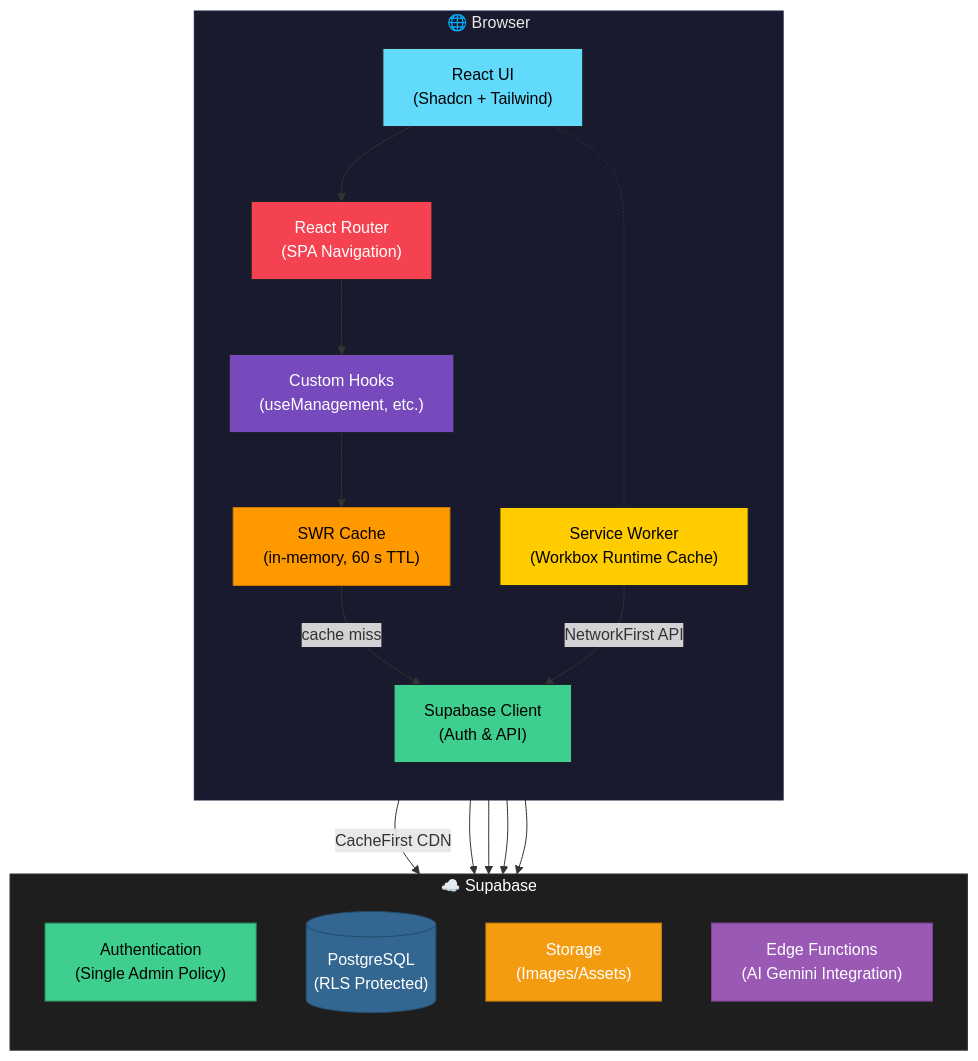
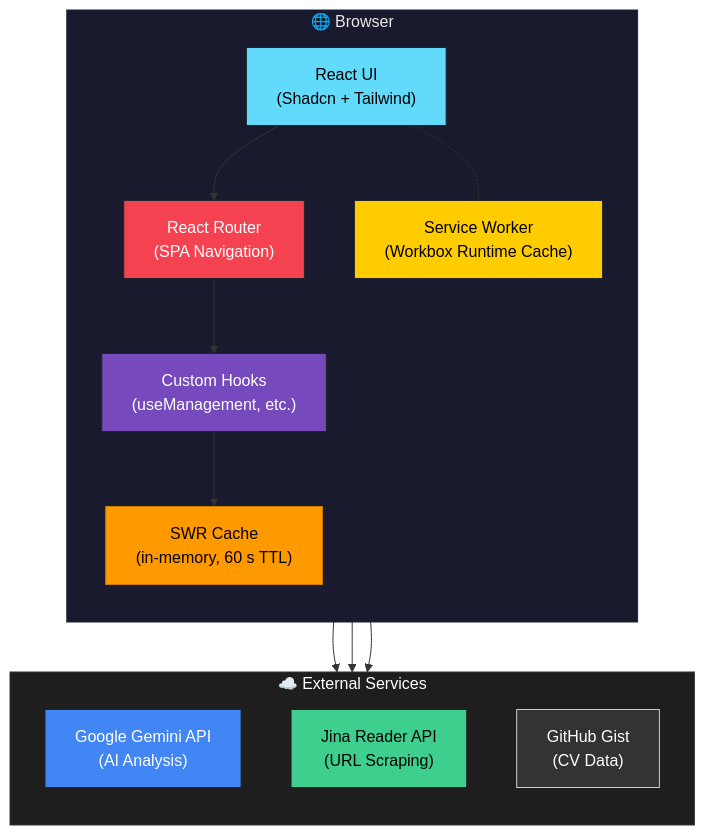
One commit to nrajesh/dew-drops changed the first of 2 diagrams in documentation/ARCHITECTURE.md. Above: the diagram before and after it, drawn with Mermaid. The commit also changed other lines of this file and 16 other files, not shown here.

Commit message:
feat: complete supabase removal and fix CSP issues for Gemini, Mapbox, and GitHub

````diff
--- a/documentation/ARCHITECTURE.md
+++ b/documentation/ARCHITECTURE.md
@@ -35,47 +28,38 @@
 ```mermaid
 graph TB
     subgraph Browser["🌐 Browser"]
         direction TB
         UI["React UI<br/>(Shadcn + Tailwind)"]
         Router["React Router<br/>(SPA Navigation)"]
         Hooks["Custom Hooks<br/>(useManagement, etc.)"]
         SWRCache["SWR Cache<br/>(in-memory, 60 s TTL)"]
-        SBC["Supabase Client<br/>(Auth & API)"]
         PWA["Service Worker<br/>(Workbox Runtime Cache)"]
     end
 
-    subgraph Backend["☁️ Supabase"]
+    subgraph External["☁️ External Services"]
         direction TB
-        Auth["Authentication<br/>(Single Admin Policy)"]
-        DB[("PostgreSQL<br/>(RLS Protected)")]
-        Storage["Storage<br/>(Images/Assets)"]
-        Edge["Edge Functions<br/>(AI Gemini Integration)"]
+        AI["Google Gemini API<br/>(AI Analysis)"]
+        Jina["Jina Reader API<br/>(URL Scraping)"]
+        Gist["GitHub Gist<br/>(CV Data)"]
     end
 
     UI --> Router
     Router --> Hooks
     Hooks --> SWRCache
-    SWRCache -->|cache miss| SBC
+    Hooks --> AI
+    Hooks --> Jina
+    Hooks --> Gist
     UI -.- PWA
-    PWA -->|CacheFirst CDN| Storage
-    PWA -->|NetworkFirst API| SBC
-    
-    SBC --> Auth
-    SBC --> DB
-    SBC --> Storage
-    SBC --> Edge
 
     style Browser fill:#1a1a2e,stroke:#16213e,color:#e8e8e8
     style UI fill:#61DAFB,stroke:#20232A,color:#000
     style Router fill:#f44250,stroke:#20232A,color:#fff
     style Hooks fill:#764abc,stroke:#20232A,color:#fff
     style SWRCache fill:#ff9900,stroke:#cc7a00,color:#000
-    style SBC fill:#3ECF8E,stroke:#20232A,color:#000
     style PWA fill:#ffcc00,stroke:#20232A,color:#000
     
-    style Backend fill:#1e1e1e,stroke:#333,color:#fff
-    style Auth fill:#3ECF8E,stroke:#2b8a5c,color:#000
-    style DB fill:#336791,stroke:#244b6b,color:#fff
-    style Storage fill:#f39c12,stroke:#c87f0a,color:#fff
-    style Edge fill:#9b59b6,stroke:#7d4596,color:#fff
+    style External fill:#1e1e1e,stroke:#333,color:#fff
+    style AI fill:#4285F4,stroke:#20232A,color:#fff
+    style Jina fill:#3ECF8E,stroke:#20232A,color:#000
+    style Gist fill:#333,stroke:#ccc,color:#fff
 ```
````
